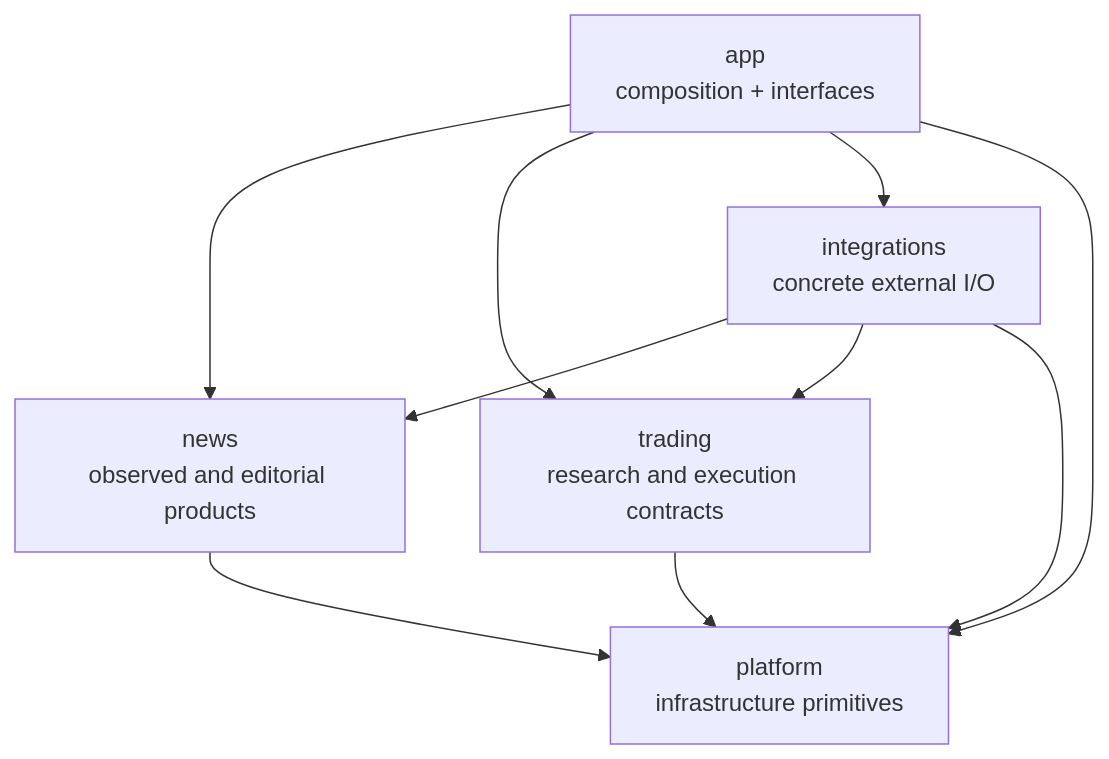
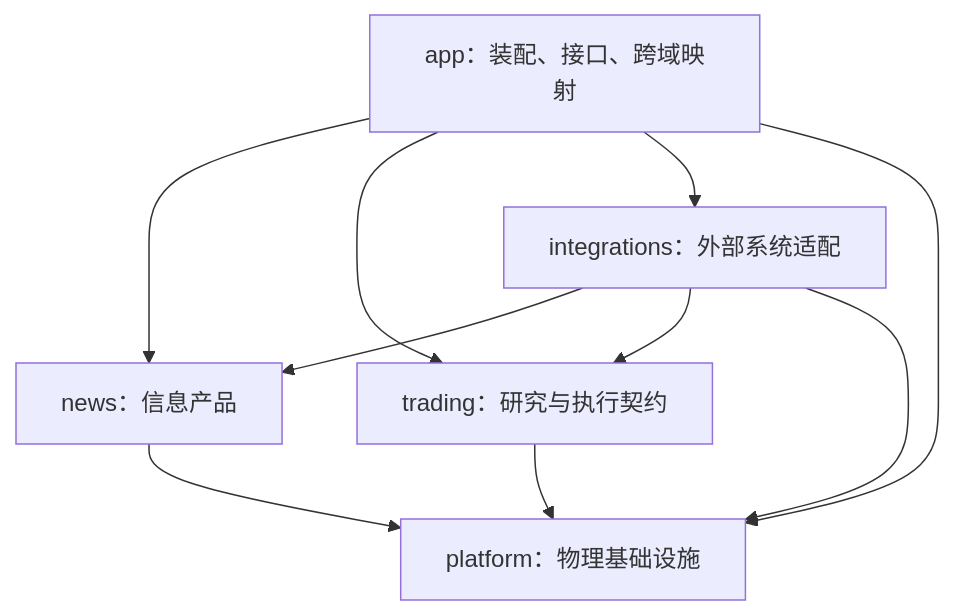
Before and after one commit to AnalyThothAI/tracefold: the second of 4 diagrams in docs/ARCHITECTURE.md, drawn with Mermaid. The commit also changed other lines of this file and 28 other files, not shown here.

Commit message:
docs: rebuild the Chinese architecture and module handbook

````diff
--- a/docs/ARCHITECTURE.md
+++ b/docs/ARCHITECTURE.md
@@ -47,12 +43,12 @@
 ```mermaid
 flowchart TD
-    App["app<br/>composition + interfaces"] --> News["news<br/>observed and editorial products"]
-    App --> Trading["trading<br/>research and execution contracts"]
-    App --> Adapters["integrations<br/>concrete external I/O"]
-    App --> Platform["platform<br/>infrastructure primitives"]
-    Adapters --> News
-    Adapters --> Trading
-    Adapters --> Platform
+    App["app：装配、接口、跨域映射"] --> News["news：信息产品"]
+    App --> Trading["trading：研究与执行契约"]
+    App --> Integrations["integrations：外部系统适配"]
+    App --> Platform["platform：物理基础设施"]
+    Integrations --> News
+    Integrations --> Trading
+    Integrations --> Platform
     News --> Platform
     Trading --> Platform
 ```
````
